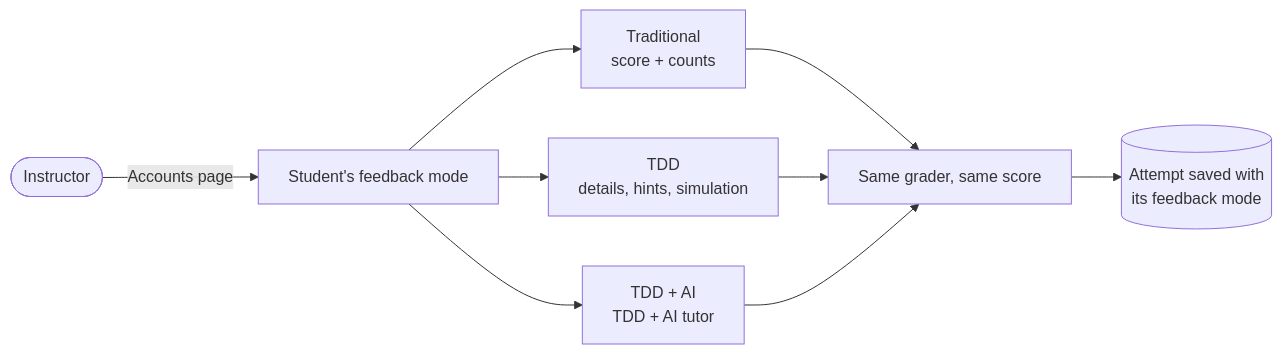
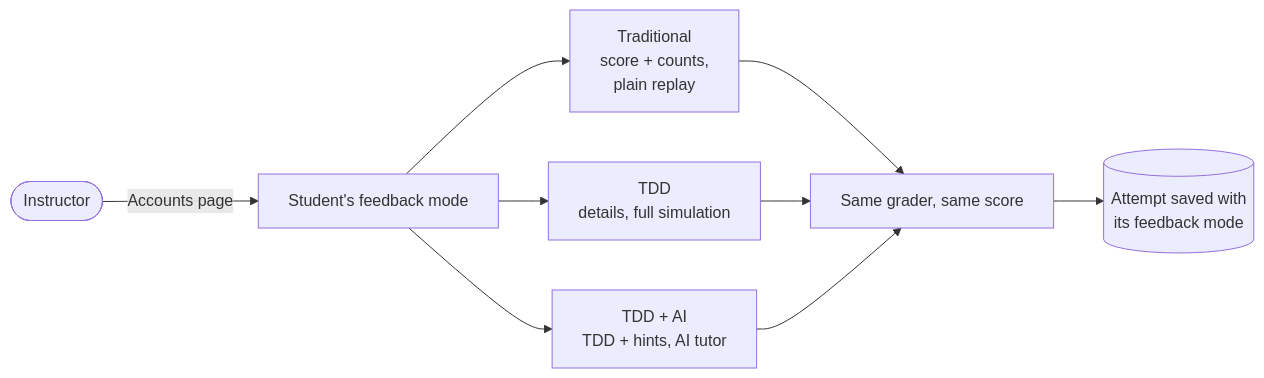
One commit to CS-Ponkoj/Robotics-Programming-Lab-Live changed the seventh of 8 diagrams in docs/system-architecture/AppFlow.md. Above: the diagram before and after it, drawn with Mermaid. The commit also changed 8 other files, not shown here.

First line of the commit message:
Give every feedback mode the simulation replay

````diff
--- a/docs/system-architecture/AppFlow.md
+++ b/docs/system-architecture/AppFlow.md
@@ -196,9 +196,9 @@
 ```mermaid
 flowchart LR
     I([Instructor]) -->|Accounts page| M[Student's feedback mode]
-    M --> T[Traditional<br/>score + counts]
-    M --> D[TDD<br/>details, hints, simulation]
-    M --> A[TDD + AI<br/>TDD + AI tutor]
+    M --> T[Traditional<br/>score + counts,<br/>plain replay]
+    M --> D[TDD<br/>details, full simulation]
+    M --> A[TDD + AI<br/>TDD + hints, AI tutor]
     T & D & A --> G[Same grader, same score]
     G --> R[(Attempt saved with<br/>its feedback mode)]
 ```
````
